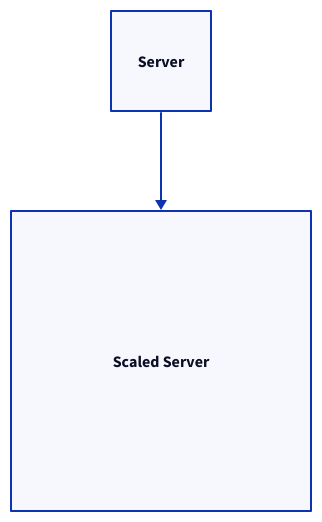
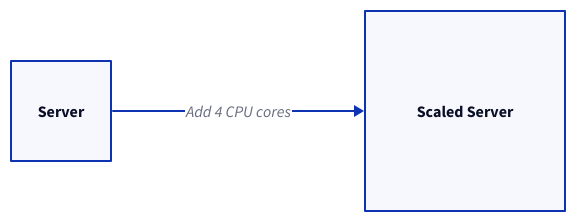
One commit to link1905/system-design-101 changed the sixth of 8 diagrams in content/docs/system-administration/system-monitoring/_index.md. Above: the diagram before and after it, drawn with D2. The commit also changed other lines of this file and 21 other files, not shown here.

````diff
--- a/content/docs/system-administration/system-monitoring/_index.md
+++ b/content/docs/system-administration/system-monitoring/_index.md
@@ -196,13 +225,14 @@
 ```d2
+direction: right
 server1: Server {
   class: server
   width: 100
   height: 100
 }
 server2: Scaled Server {
   class: server
-  width: 300
-  height: 300
+  width: 200
+  height: 200
 }
-server1 -> server2
+server1 -> server2: Add 4 CPU cores
 ```
````
